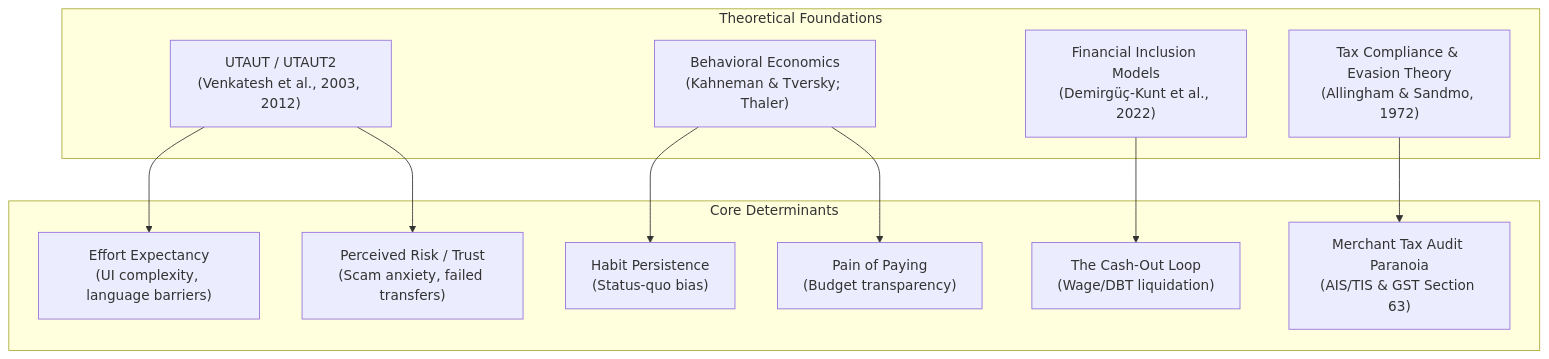
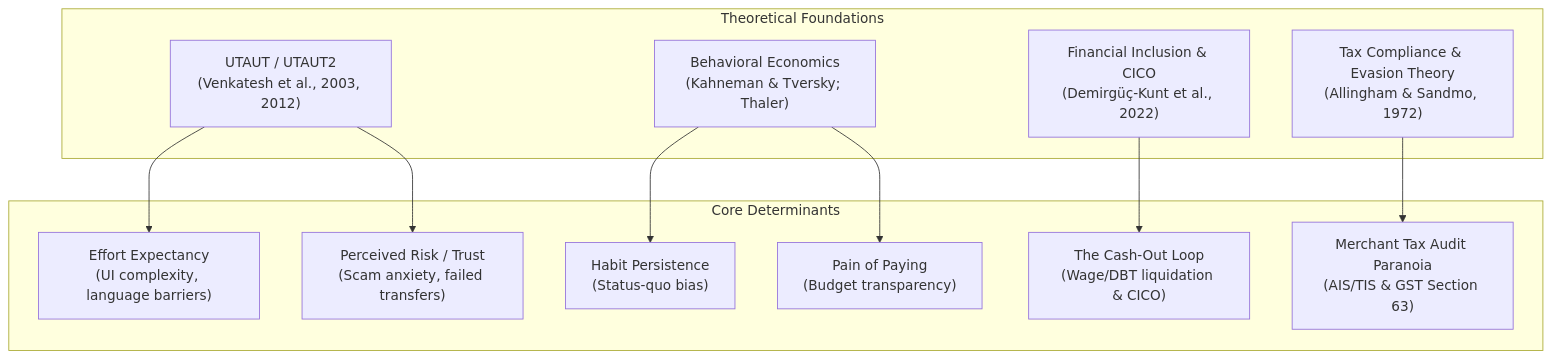
Before and after one commit to aryawadhwa/pomeel: the diagram in LITERATURE_REVIEW.md, drawn with Mermaid. The commit also changed other lines of this file and 42 other files, not shown here.

````diff
--- a/LITERATURE_REVIEW.md
+++ b/LITERATURE_REVIEW.md
@@ -32,25 +32,25 @@
 ```mermaid
 flowchart TD
     subgraph Theoretical Foundations
         UTAUT["UTAUT / UTAUT2<br/>(Venkatesh et al., 2003, 2012)"]
         BehavEcon["Behavioral Economics<br/>(Kahneman & Tversky; Thaler)"]
-        Inclusion["Financial Inclusion Models<br/>(Demirgüç-Kunt et al., 2022)"]
+        Inclusion["Financial Inclusion & CICO<br/>(Demirgüç-Kunt et al., 2022)"]
         TaxCompliance["Tax Compliance & Evasion Theory<br/>(Allingham & Sandmo, 1972)"]
     end
 
     subgraph Core Determinants
         EE["Effort Expectancy<br/>(UI complexity, language barriers)"]
         PR["Perceived Risk / Trust<br/>(Scam anxiety, failed transfers)"]
         Habit["Habit Persistence<br/>(Status-quo bias)"]
         Pain["Pain of Paying<br/>(Budget transparency)"]
-        Loop["The Cash-Out Loop<br/>(Wage/DBT liquidation)"]
+        Loop["The Cash-Out Loop<br/>(Wage/DBT liquidation & CICO)"]
         TaxTrail["Merchant Tax Audit Paranoia<br/>(AIS/TIS & GST Section 63)"]
     end
 
     UTAUT --> EE
     UTAUT --> PR
     BehavEcon --> Habit
     BehavEcon --> Pain
     Inclusion --> Loop
     TaxCompliance --> TaxTrail
 ```
````
